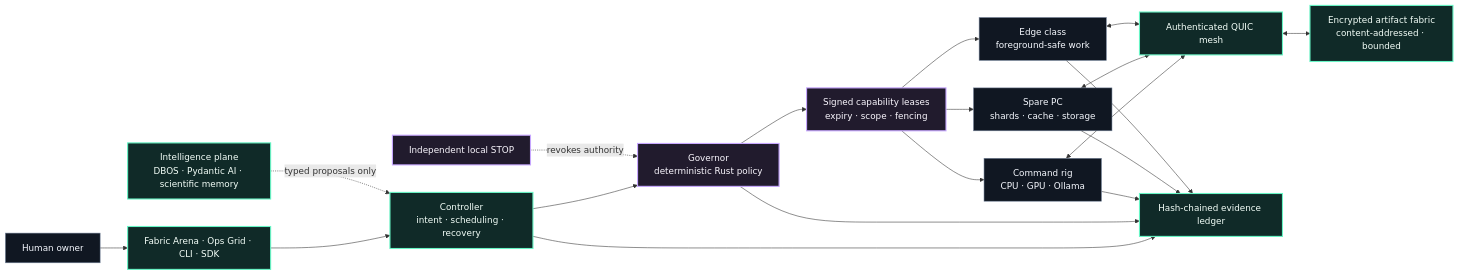
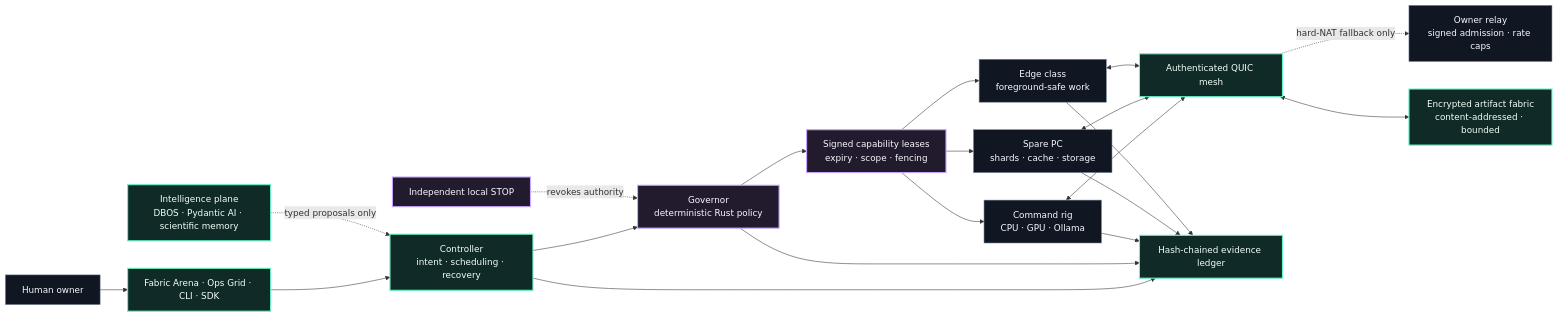
The diagram in README.md (ObtuseAI/rampage), drawn with Mermaid before and after one commit. The commit also changed other lines of this file and 28 other files, not shown here.

Commit message:
Add owner-operated private mesh relay

````diff
--- a/README.md
+++ b/README.md
@@ -73,28 +76,29 @@
 ```mermaid
 flowchart LR
     H["Human owner"] --> X["Fabric Arena · Ops Grid · CLI · SDK"]
     X --> C["Controller\nintent · scheduling · recovery"]
     I["Intelligence plane\nDBOS · Pydantic AI · scientific memory"] -. "typed proposals only" .-> C
     C --> G["Governor\ndeterministic Rust policy"]
     G --> L["Signed capability leases\nexpiry · scope · fencing"]
     L --> W1["Command rig\nCPU · GPU · Ollama"]
     L --> W2["Spare PC\nshards · cache · storage"]
     L --> W3["Edge class\nforeground-safe work"]
     W1 <--> M["Authenticated QUIC mesh"]
     W2 <--> M
     W3 <--> M
+    M -. "hard-NAT fallback only" .-> R["Owner relay\nsigned admission · rate caps"]
     M <--> A["Encrypted artifact fabric\ncontent-addressed · bounded"]
     C --> E["Hash-chained evidence ledger"]
     G --> E
     W1 --> E
     W2 --> E
     W3 --> E
     S["Independent local STOP"] -. "revokes authority" .-> G
 
     classDef mint fill:#102a28,stroke:#67f5c5,color:#f4fff9,stroke-width:2px;
     classDef trust fill:#211b2d,stroke:#c7a7ff,color:#fbf8ff,stroke-width:2px;
     classDef node fill:#101722,stroke:#728199,color:#f6f9ff;
     class G,L,S trust;
     class X,C,I,M,A,E mint;
     class H,W1,W2,W3 node;
 ```
````
